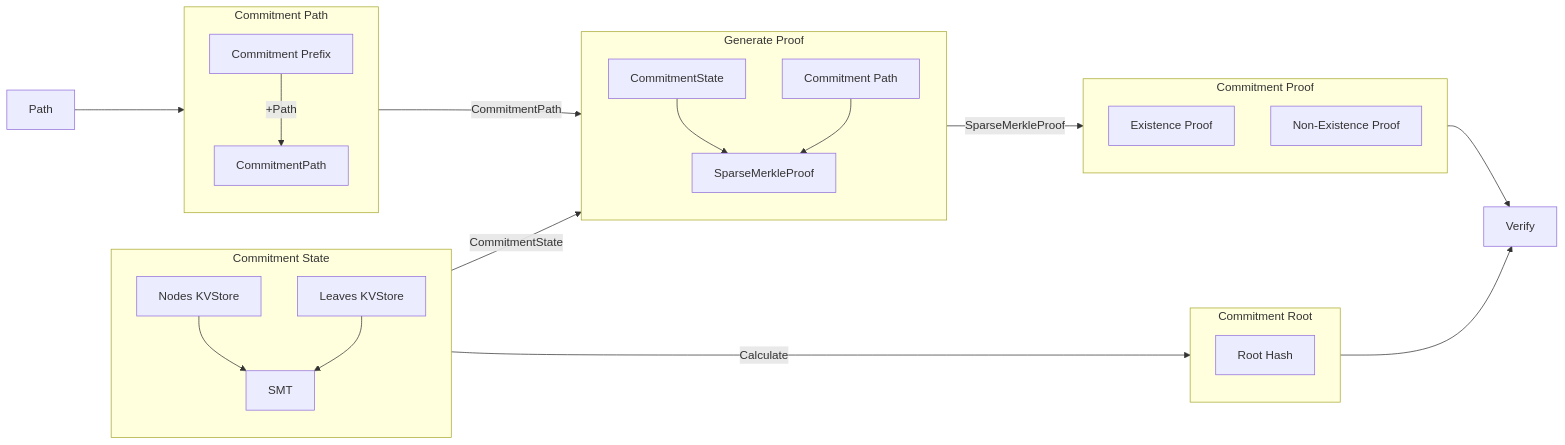
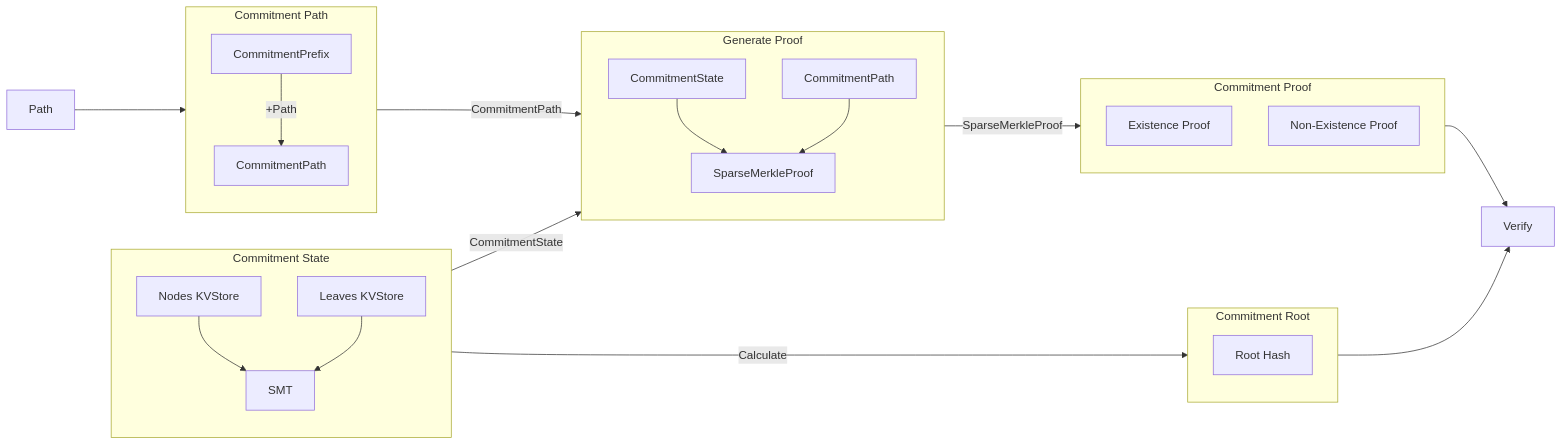
The diagram in phase1/ics23/ics23.md (h5law/pokt-ibc-integration), drawn with Mermaid before and after one commit.

Commit message:
Fix spaces in diagrams

````diff
--- a/phase1/ics23/ics23.md
+++ b/phase1/ics23/ics23.md
@@ -72,36 +72,36 @@
 ```mermaid
 flowchart LR
   subgraph CS[Commitment State]
     A[SMT]
     B[Nodes KVStore]
     C[Leaves KVStore]
     B --> A
     C --> A
   end
   subgraph CR[Commitment Root]
     D[Root Hash]
   end
   subgraph P[Commitment Path]
-    E[Commitment Prefix]
+    E[CommitmentPrefix]
     G[CommitmentPath]
     E --+Path--> G
   end
   subgraph CP[Commitment Proof]
     H[Existence Proof]
     I[Non-Existence Proof]
   end
   subgraph GP[Generate Proof]
     J[CommitmentState]
-    K[Commitment Path]
+    K[CommitmentPath]
     L[SparseMerkleProof]
     J --> L
     K --> L
   end
   CS --Calculate--> CR
   F[Path] --> P
   P --CommitmentPath--> GP
   CS --CommitmentState--> GP
   GP --SparseMerkleProof-->CP
   CR --> Verify
   CP --> Verify
 ```
````
